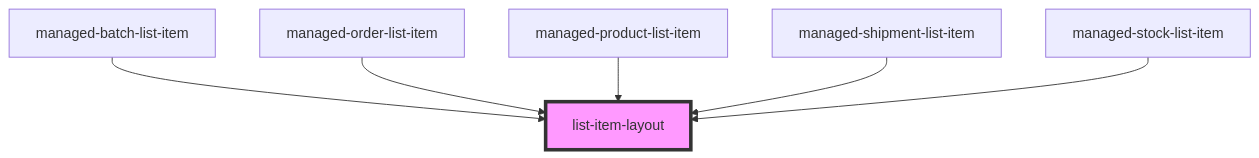
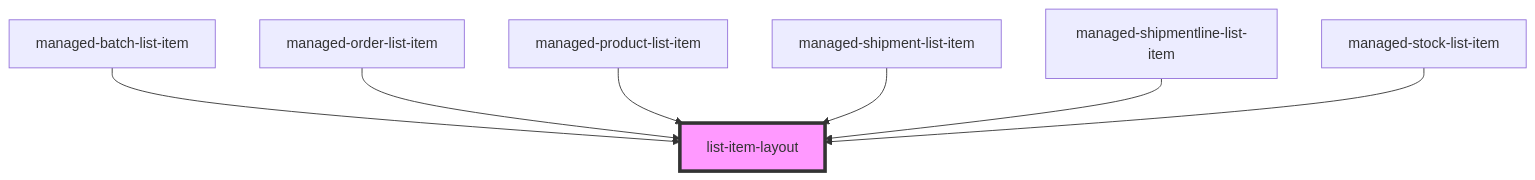
One commit to PharmaLedger-IMI/fgt-workspace changed the diagram in pdm-web-components/src/components/list-item-layout/readme.md. Above: the diagram before and after it, drawn with Mermaid. The commit also changed other lines of this file and 13 other files, not shown here.

````diff
--- a/pdm-web-components/src/components/list-item-layout/readme.md
+++ b/pdm-web-components/src/components/list-item-layout/readme.md
@@ -29,9 +30,10 @@
 ```mermaid
 graph TD;
   managed-batch-list-item --> list-item-layout
   managed-order-list-item --> list-item-layout
   managed-product-list-item --> list-item-layout
   managed-shipment-list-item --> list-item-layout
+  managed-shipmentline-list-item --> list-item-layout
   managed-stock-list-item --> list-item-layout
   style list-item-layout fill:#f9f,stroke:#333,stroke-width:4px
 ```
````
